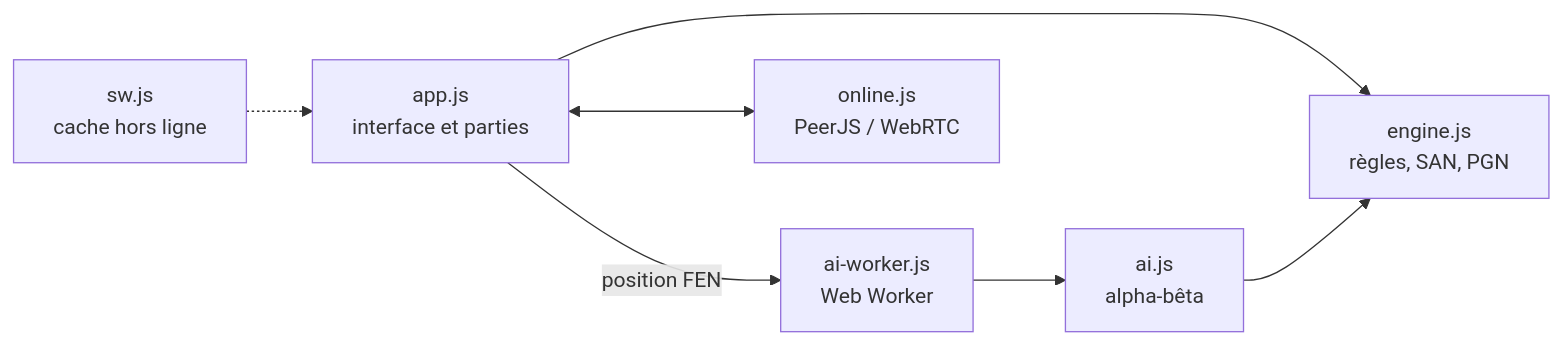
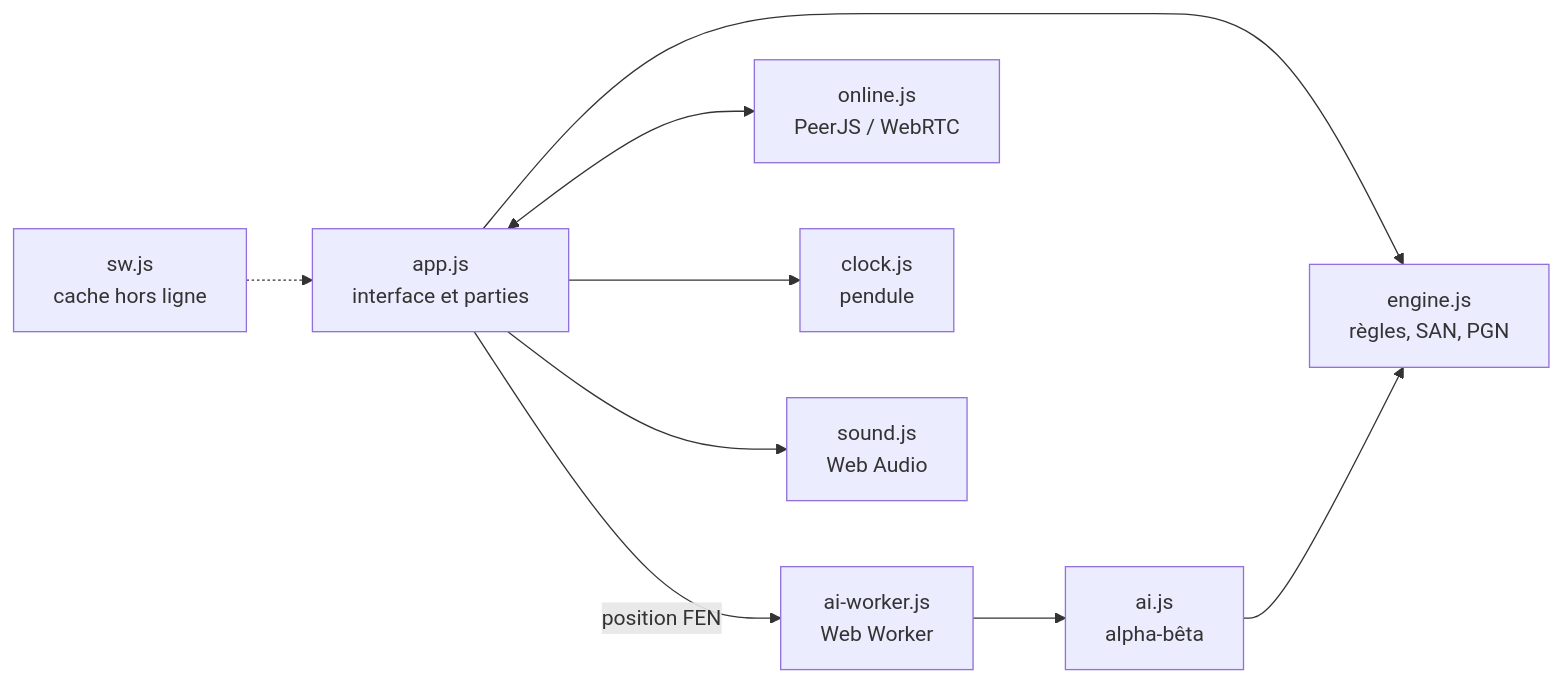
The first of 2 diagrams in README.md (LaFicelleCmoi/echecs), drawn with Mermaid before and after one commit. The commit also changed other lines of this file, not shown here.

````diff
--- a/README.md
+++ b/README.md
@@ -58,9 +64,11 @@
 ```mermaid
 flowchart LR
     UI["app.js<br/>interface et parties"] --> ENGINE["engine.js<br/>règles, SAN, PGN"]
     UI -- "position FEN" --> WORKER["ai-worker.js<br/>Web Worker"]
     WORKER --> AI["ai.js<br/>alpha-bêta"]
     AI --> ENGINE
     UI <--> ONLINE["online.js<br/>PeerJS / WebRTC"]
+    UI --> CLOCK["clock.js<br/>pendule"]
+    UI --> SOUND["sound.js<br/>Web Audio"]
     SW["sw.js<br/>cache hors ligne"] -.-> UI
 ```
````
